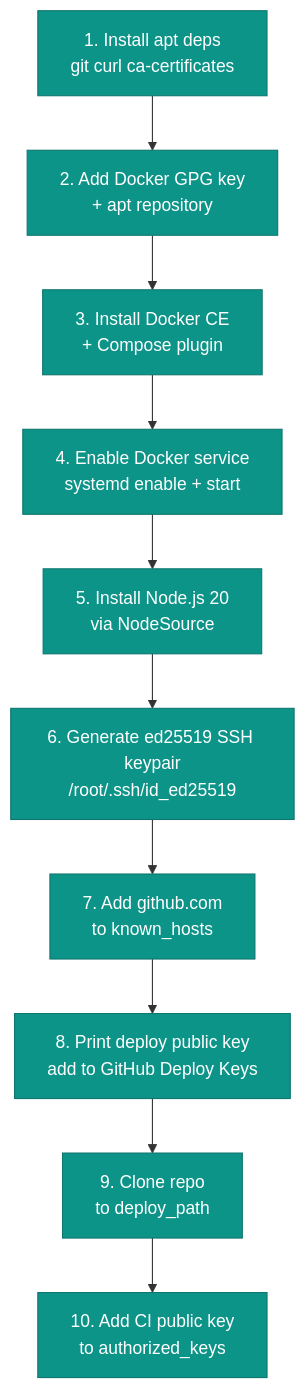
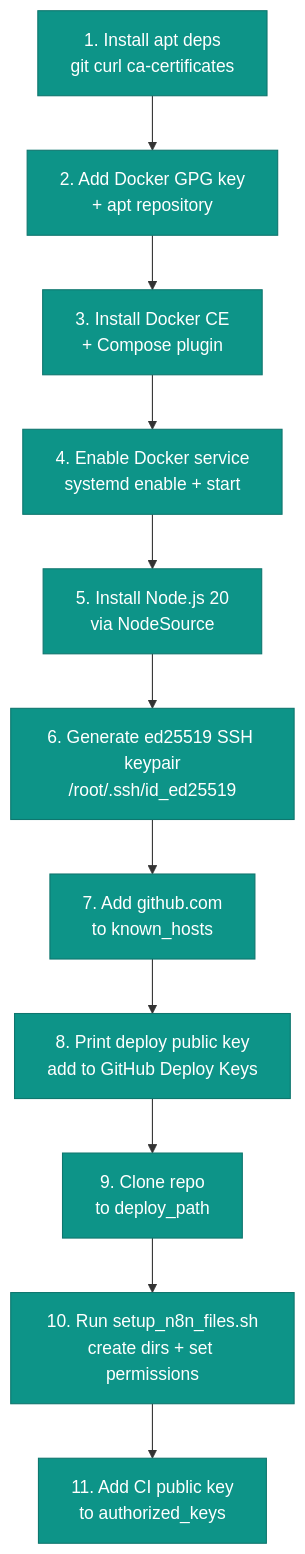
Before and after one commit to 1atharvad/n8n-self-hosted: the diagram in docs/src/content/docs/deployment/ansible-playbooks.md, drawn with Mermaid. The commit also changed other lines of this file and 18 other files, not shown here.

````diff
--- a/docs/src/content/docs/deployment/ansible-playbooks.md
+++ b/docs/src/content/docs/deployment/ansible-playbooks.md
@@ -16,16 +16,17 @@
 ```mermaid
 flowchart TD
     A["1. Install apt deps\ngit  curl  ca-certificates"]
     A --> B["2. Add Docker GPG key\n+ apt repository"]
     B --> C["3. Install Docker CE\n+ Compose plugin"]
     C --> D["4. Enable Docker service\nsystemd enable + start"]
     D --> E["5. Install Node.js 20\nvia NodeSource"]
     E --> F["6. Generate ed25519 SSH keypair\n/root/.ssh/id_ed25519"]
     F --> G["7. Add github.com\nto known_hosts"]
     G --> H["8. Print deploy public key\nadd to GitHub Deploy Keys"]
     H --> I["9. Clone repo\nto deploy_path"]
-    I --> J["10. Add CI public key\nto authorized_keys"]
+    I --> J["10. Run setup_n8n_files.sh\ncreate dirs + set permissions"]
+    J --> K["11. Add CI public key\nto authorized_keys"]
 
     classDef step fill:#0d9488,color:#fff,stroke:#0f766e
-    class A,B,C,D,E,F,G,H,I,J step
+    class A,B,C,D,E,F,G,H,I,J,K step
 ```
````
